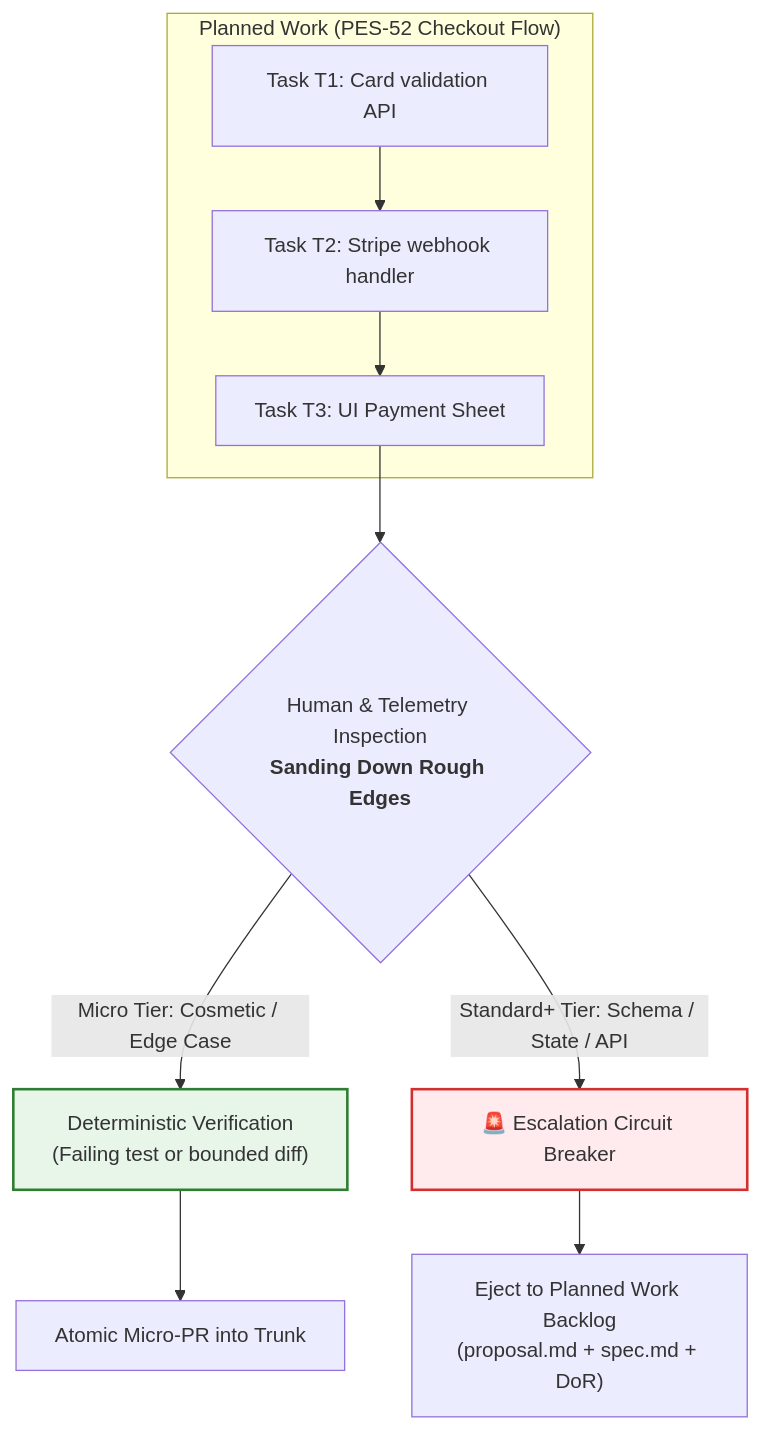
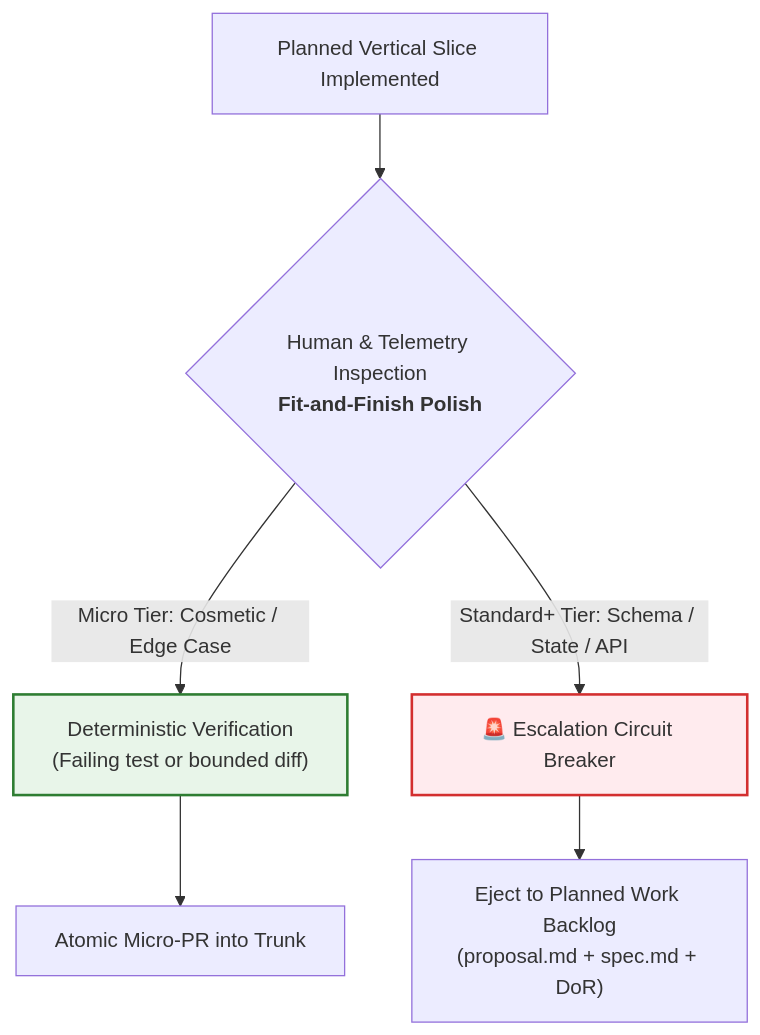
One commit to keolo/keolo-com changed the third of 3 diagrams in content/posts/planned-vs-unplanned-work-in-agentic-development.md. Above: the diagram before and after it, drawn with Mermaid. The commit also changed other lines of this file, not shown here.

Commit message:
docs(blog): streamline post, introduce fit-and-finish framing, and add summary table

````diff
--- a/content/posts/planned-vs-unplanned-work-in-agentic-development.md
+++ b/content/posts/planned-vs-unplanned-work-in-agentic-development.md
@@ -161,18 +105,13 @@
 ```mermaid
 flowchart TD
-    subgraph Planned["Planned Work (PES-52 Checkout Flow)"]
-        T1["Task T1: Card validation API"] --> T2["Task T2: Stripe webhook handler"]
-        T2 --> T3["Task T3: UI Payment Sheet"]
-    end
-
-    T3 --> Inspect{"Human & Telemetry Inspection<br/><b>Sanding Down Rough Edges</b>"}
+    Build["Planned Vertical Slice Implemented"] --> Inspect{"Human & Telemetry Inspection<br/><b>Fit-and-Finish Polish</b>"}
     
-    Inspect -->|Micro Tier: Cosmetic / Edge Case| Sanding["Deterministic Verification<br/>(Failing test or bounded diff)"]
-    Sanding --> Merge["Atomic Micro-PR into Trunk"]
+    Inspect -->|Micro Tier: Cosmetic / Edge Case| Polish["Deterministic Verification<br/>(Failing test or bounded diff)"]
+    Polish --> Merge["Atomic Micro-PR into Trunk"]
 
     Inspect -->|Standard+ Tier: Schema / State / API| Breaker["🚨 Escalation Circuit Breaker"]
     Breaker --> Escalate["Eject to Planned Work Backlog<br/>(proposal.md + spec.md + DoR)"]
 
     style Breaker fill:#ffebee,stroke:#d32f2f,stroke-width:2px
-    style Sanding fill:#e8f5e9,stroke:#2e7d32,stroke-width:2px
+    style Polish fill:#e8f5e9,stroke:#2e7d32,stroke-width:2px
 ```
````
